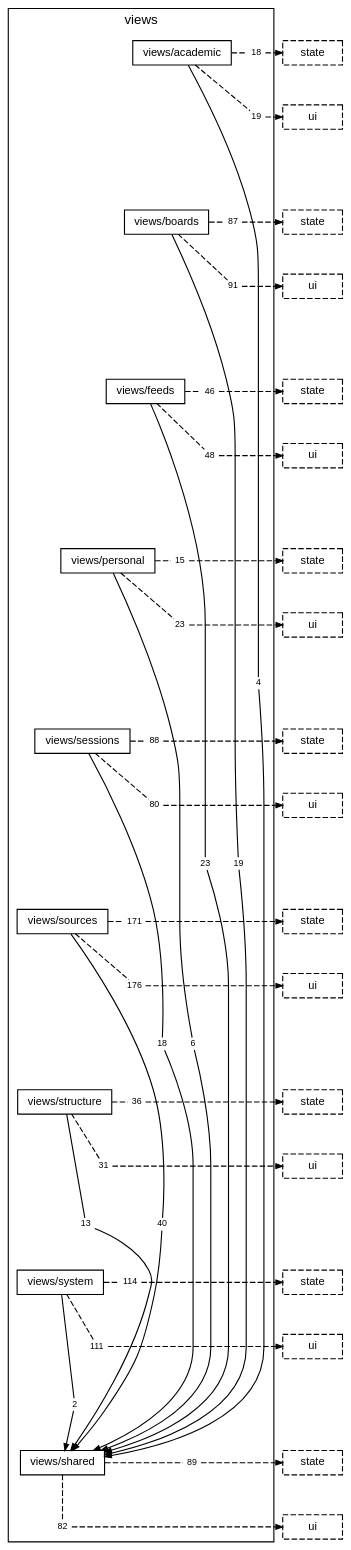
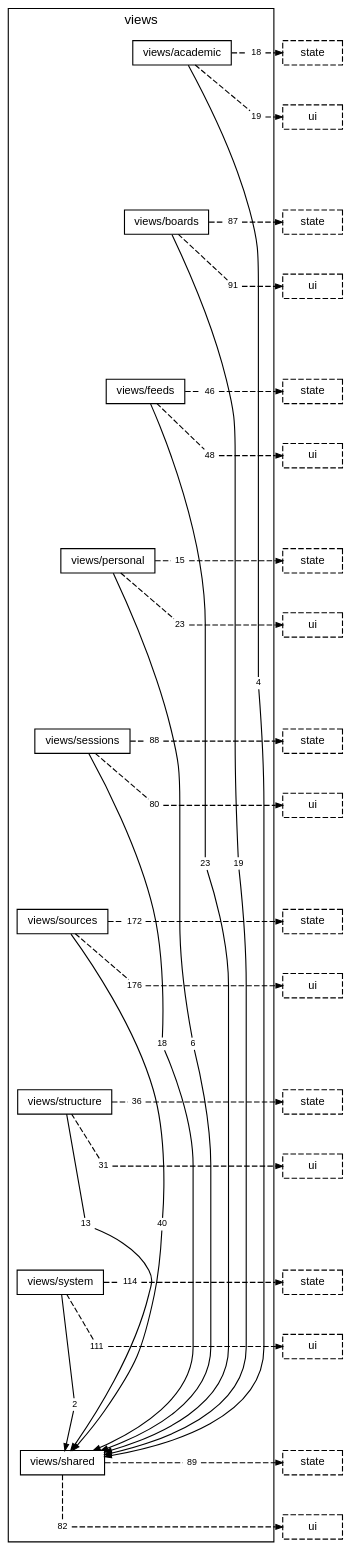
The diagram in docs/diagrams/layer-views.dot (TheAxeC/oculus), drawn with Graphviz before and after one commit. The commit also changed 65 other files, not shown here.

```diff
--- a/docs/diagrams/layer-views.dot
+++ b/docs/diagrams/layer-views.dot
@@ -29,7 +29,7 @@
         "folder views/sessions to layer state" [label="88", shape=box, color="transparent", fontsize=8, width=0, height=0, margin="0.04,0.02"];
         "folder views/sessions to layer ui" [label="80", shape=box, color="transparent", fontsize=8, width=0, height=0, margin="0.04,0.02"];
         "folder views/sources to folder views/shared" [label="40", shape=box, color="transparent", fontsize=8, width=0, height=0, margin="0.04,0.02"];
-        "folder views/sources to layer state" [label="171", shape=box, color="transparent", fontsize=8, width=0, height=0, margin="0.04,0.02"];
+        "folder views/sources to layer state" [label="172", shape=box, color="transparent", fontsize=8, width=0, height=0, margin="0.04,0.02"];
         "folder views/sources to layer ui" [label="176", shape=box, color="transparent", fontsize=8, width=0, height=0, margin="0.04,0.02"];
         "folder views/structure to folder views/shared" [label="13", shape=box, color="transparent", fontsize=8, width=0, height=0, margin="0.04,0.02"];
         "folder views/structure to layer state" [label="36", shape=box, color="transparent", fontsize=8, width=0, height=0, margin="0.04,0.02"];
```
